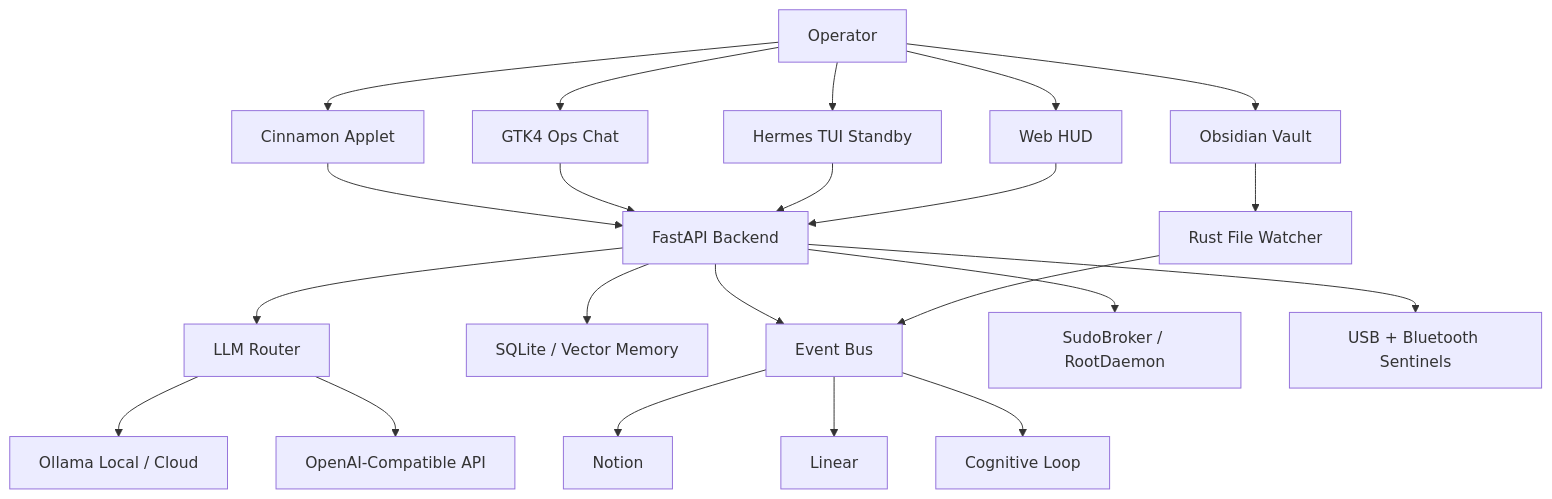
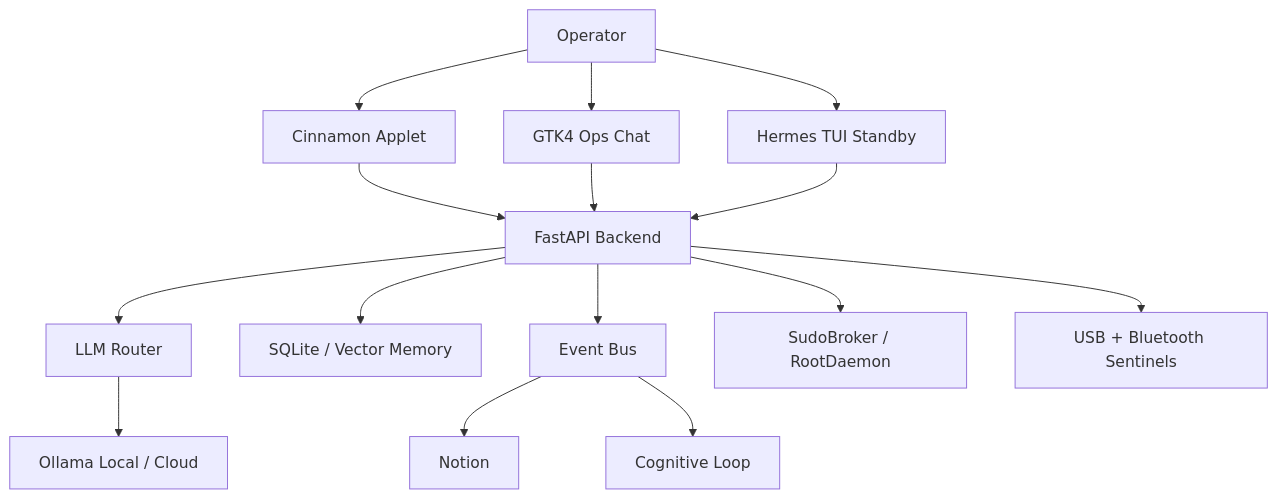
The diagram in README.md (zeusinfra/NEXUS), drawn with Mermaid before and after one commit. The commit also changed other lines of this file, not shown here.

````diff
--- a/README.md
+++ b/README.md
@@ -47,29 +66,20 @@
 ```mermaid
 flowchart TD
     Operator[Operator] --> Applet[Cinnamon Applet]
     Operator --> GTK[GTK4 Ops Chat]
     Operator --> TUI[Hermes TUI Standby]
-    Operator --> HUD[Web HUD]
-    Operator --> Obsidian[Obsidian Vault]
 
     Applet --> API[FastAPI Backend]
     GTK --> API
     TUI --> API
-    HUD --> API
 
     API --> LLM[LLM Router]
     API --> Memory[SQLite / Vector Memory]
     API --> Events[Event Bus]
     API --> Security[SudoBroker / RootDaemon]
     API --> Peripherals[USB + Bluetooth Sentinels]
 
-    Obsidian --> Watcher[Rust File Watcher]
-    Watcher --> Events
-
     Events --> Notion[Notion]
-    Events --> Linear[Linear]
     Events --> Cognition[Cognitive Loop]
-
     LLM --> Ollama[Ollama Local / Cloud]
-    LLM --> OpenAI[OpenAI-Compatible API]
 ```
````
